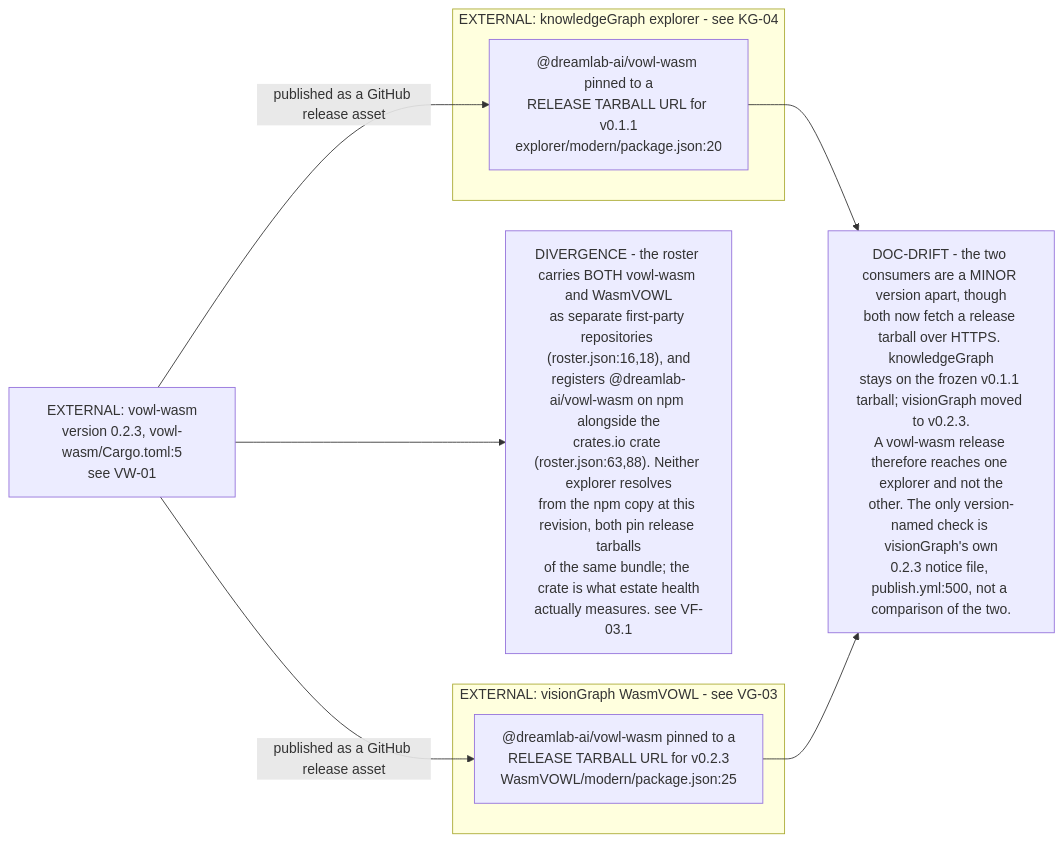
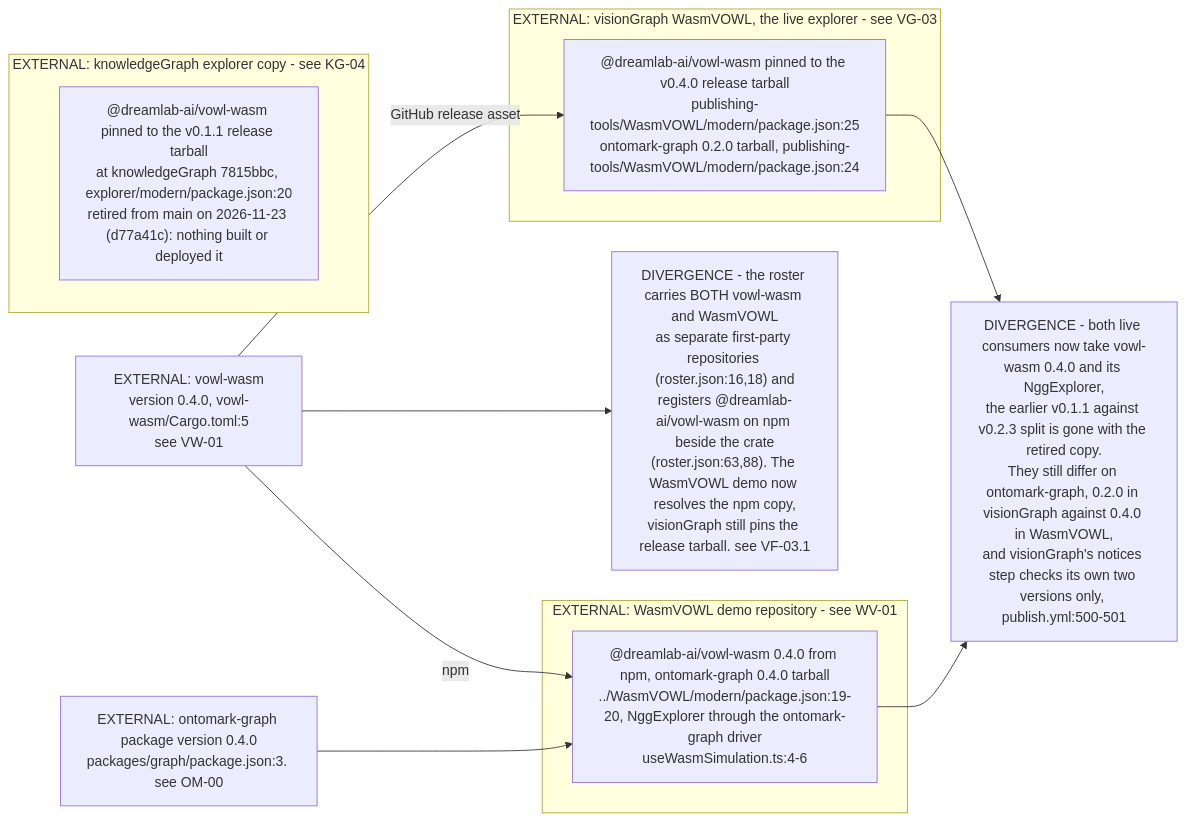
Before and after one commit to DreamLab-AI/VisionFlow: the third of 6 diagrams in docs/diagrams/estate/11-publishing-axis.md, drawn with Mermaid. The commit also changed other lines of this file and 1 other file, not shown here.

First line of the commit message:
docs(diagrams): estate pass B (vowl-wasm 0.4.0 convergence, WasmVOWL CI, dream-core 0.5.0)

````diff
--- a/docs/diagrams/estate/11-publishing-axis.md
+++ b/docs/diagrams/estate/11-publishing-axis.md
@@ -108,21 +113,26 @@
 ```mermaid
 flowchart LR
-    CRATE["EXTERNAL: vowl-wasm<br/>version 0.2.3, vowl-wasm/Cargo.toml:5<br/>see VW-01"]
+    CRATE["EXTERNAL: vowl-wasm<br/>version 0.4.0, vowl-wasm/Cargo.toml:5<br/>see VW-01"]
 
-    subgraph KGE["EXTERNAL: knowledgeGraph explorer - see KG-04"]
-        KGP["@dreamlab-ai/vowl-wasm pinned to a<br/>RELEASE TARBALL URL for v0.1.1<br/>explorer/modern/package.json:20"]
+    subgraph KGE["EXTERNAL: knowledgeGraph explorer copy - see KG-04"]
+        KGP["@dreamlab-ai/vowl-wasm pinned to the v0.1.1 release tarball<br/>at knowledgeGraph 7815bbc, explorer/modern/package.json:20<br/>retired from main on 2026-11-23 (d77a41c): nothing built or deployed it"]
     end
-    subgraph VGE["EXTERNAL: visionGraph WasmVOWL - see VG-03"]
-        VGP["@dreamlab-ai/vowl-wasm pinned to a<br/>RELEASE TARBALL URL for v0.2.3<br/>WasmVOWL/modern/package.json:25"]
+    subgraph VGE["EXTERNAL: visionGraph WasmVOWL, the live explorer - see VG-03"]
+        VGP["@dreamlab-ai/vowl-wasm pinned to the v0.4.0 release tarball<br/>publishing-tools/WasmVOWL/modern/package.json:25<br/>ontomark-graph 0.2.0 tarball, publishing-tools/WasmVOWL/modern/package.json:24"]
     end
+    subgraph WVE["EXTERNAL: WasmVOWL demo repository - see WV-01"]
+        WVP["@dreamlab-ai/vowl-wasm 0.4.0 from npm, ontomark-graph 0.4.0 tarball<br/>../WasmVOWL/modern/package.json:19-20, NggExplorer through the ontomark-graph driver<br/>useWasmSimulation.ts:4-6"]
+    end
+    OMG["EXTERNAL: ontomark-graph package version 0.4.0<br/>packages/graph/package.json:3. see OM-00"]
 
-    CRATE -->|"published as a GitHub release asset"| KGP
-    CRATE -->|"published as a GitHub release asset"| VGP
+    CRATE -->|"GitHub release asset"| VGP
+    CRATE -->|"npm"| WVP
+    OMG --> WVP
 
-    D1["DOC-DRIFT - the two consumers are a MINOR version apart, though<br/>both now fetch a release tarball over HTTPS. knowledgeGraph<br/>stays on the frozen v0.1.1 tarball; visionGraph moved to v0.2.3.<br/>A vowl-wasm release therefore reaches one explorer and not the<br/>other. The only version-named check is visionGraph's own<br/>0.2.3 notice file, publish.yml:500, not a comparison of the two."]
-    D2["DIVERGENCE - the roster carries BOTH vowl-wasm and WasmVOWL<br/>as separate first-party repositories (roster.json:16,18), and<br/>registers @dreamlab-ai/vowl-wasm on npm alongside the<br/>crates.io crate (roster.json:63,88). Neither explorer resolves<br/>from the npm copy at this revision, both pin release tarballs<br/>of the same bundle; the crate is what estate health<br/>actually measures. see VF-03.1"]
+    D1["DIVERGENCE - both live consumers now take vowl-wasm 0.4.0 and its NggExplorer,<br/>the earlier v0.1.1 against v0.2.3 split is gone with the retired copy.<br/>They still differ on ontomark-graph, 0.2.0 in visionGraph against 0.4.0 in WasmVOWL,<br/>and visionGraph's notices step checks its own two versions only, publish.yml:500-501"]
+    D2["DIVERGENCE - the roster carries BOTH vowl-wasm and WasmVOWL<br/>as separate first-party repositories (roster.json:16,18) and<br/>registers @dreamlab-ai/vowl-wasm on npm beside the crate<br/>(roster.json:63,88). The WasmVOWL demo now resolves the npm copy,<br/>visionGraph still pins the release tarball. see VF-03.1"]
 
-    KGP --> D1
     VGP --> D1
+    WVP --> D1
     CRATE --> D2
 ```
````
